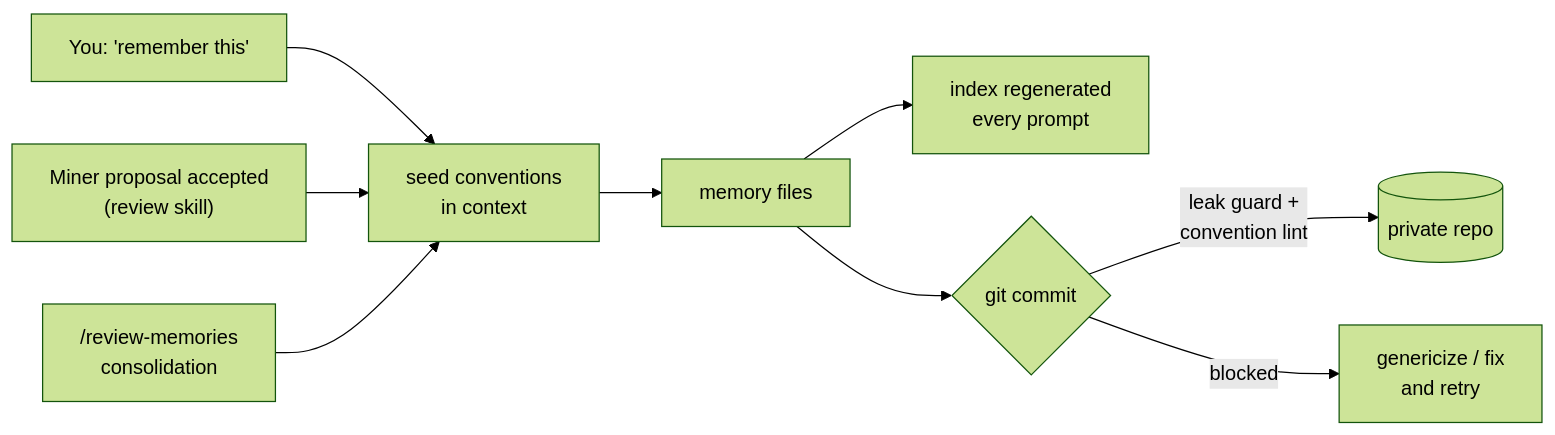
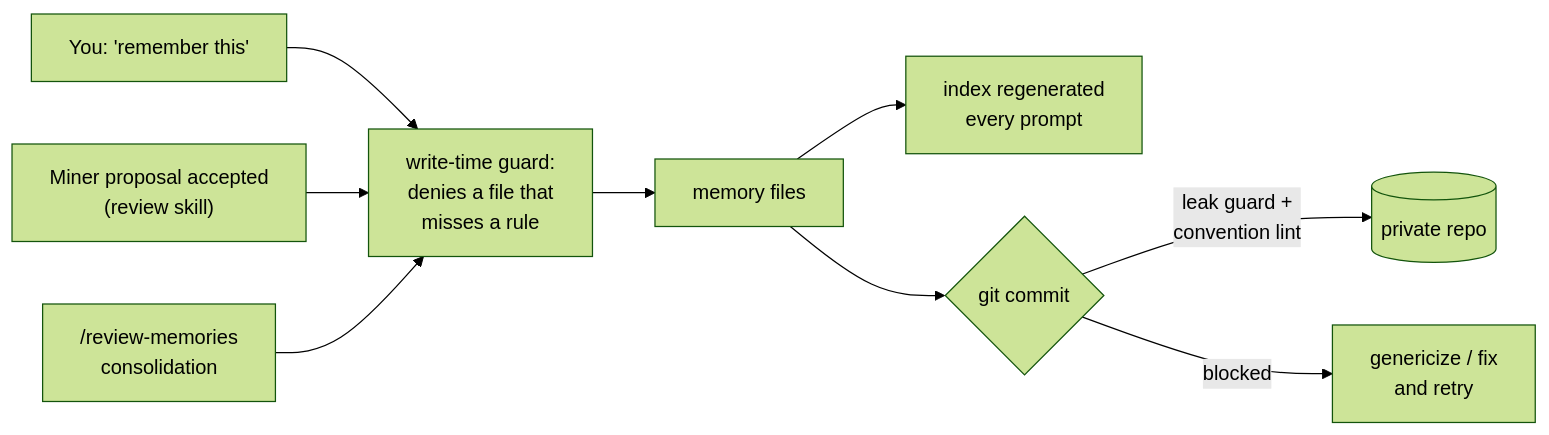
Before and after one commit to sabilmakbar/claude-memory-kit: the second of 3 diagrams in docs/FLOWS.md, drawn with Mermaid (forest theme). The commit also changed 11 other files, not shown here.

First line of the commit message:
conventions become a write-time check plus kit guidance, not seeded memories

````diff
--- a/docs/FLOWS.md
+++ b/docs/FLOWS.md
@@ -50,11 +50,11 @@
 ```mermaid
 flowchart LR
-    MANUAL["You: 'remember this'"] --> CONV[seed conventions<br/>in context]
+    MANUAL["You: 'remember this'"] --> CONV[write-time guard:<br/>denies a file that<br/>misses a rule]
     MINED["Miner proposal accepted<br/>(review skill)"] --> CONV
     CONSOL["/review-memories<br/>consolidation"] --> CONV
     CONV --> FILES[memory files]
     FILES --> INDEX[index regenerated<br/>every prompt]
     FILES --> COMMIT{git commit}
     COMMIT -->|leak guard +<br/>convention lint| REPO[(private repo)]
     COMMIT -->|blocked| FIX[genericize / fix<br/>and retry]
 ```
````
